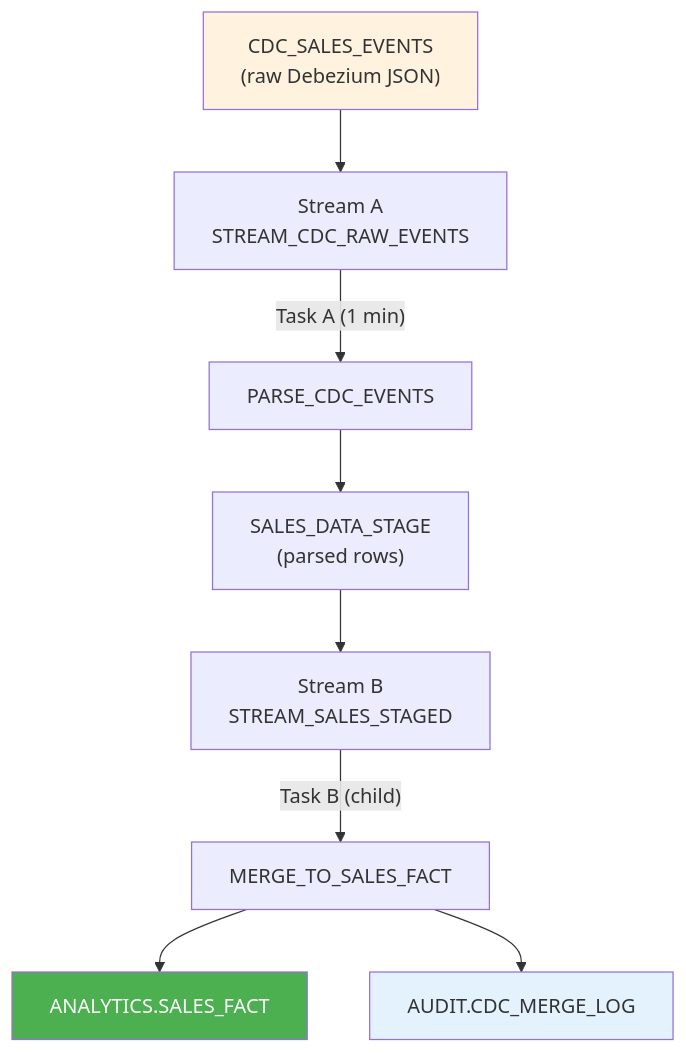
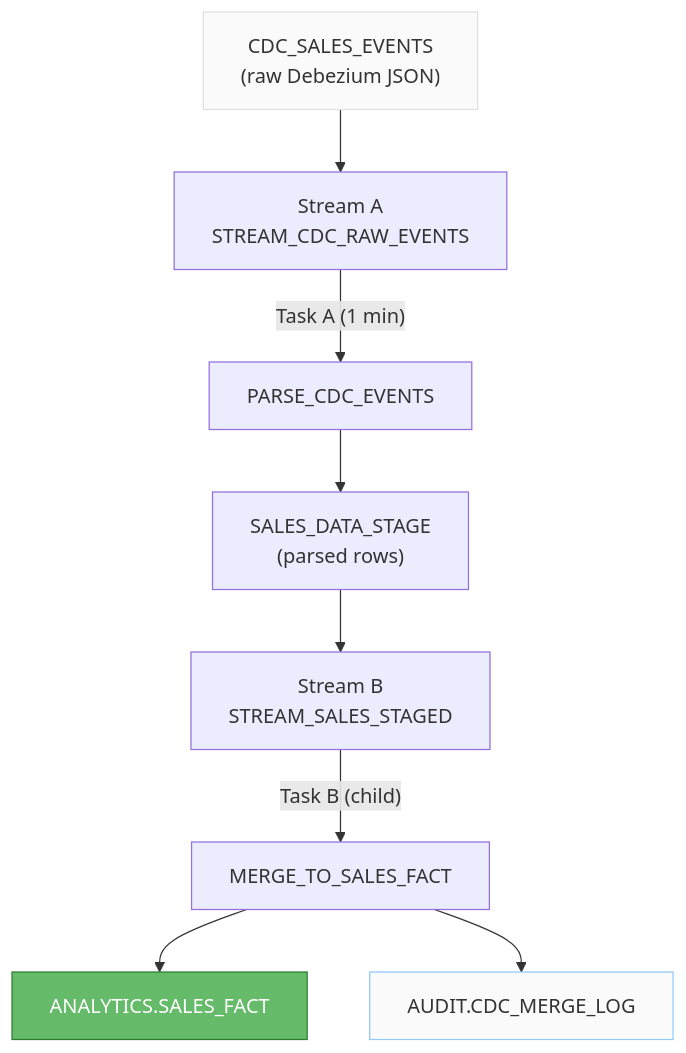
The third of 7 diagrams in README.md (greenwichg/airflow_etl_pipeline), drawn with Mermaid before and after one commit. The commit also changed other lines of this file, not shown here.

First line of the commit message:
fix: tone down Mermaid diagram background colors for readability

````diff
--- a/README.md
+++ b/README.md
@@ -177,14 +177,14 @@
 ```mermaid
 graph TD
     RAW["CDC_SALES_EVENTS<br/>(raw Debezium JSON)"] --> SA["Stream A<br/>STREAM_CDC_RAW_EVENTS"]
     SA -->|"Task A (1 min)"| PARSE["PARSE_CDC_EVENTS"]
     PARSE --> STG["SALES_DATA_STAGE<br/>(parsed rows)"]
     STG --> SB["Stream B<br/>STREAM_SALES_STAGED"]
     SB -->|"Task B (child)"| MERGE["MERGE_TO_SALES_FACT"]
     MERGE --> FINAL["ANALYTICS.SALES_FACT"]
     MERGE --> AUDIT["AUDIT.CDC_MERGE_LOG"]
 
-    style RAW fill:#fff3e0
-    style FINAL fill:#4caf50,color:#fff
-    style AUDIT fill:#e3f2fd
+    style RAW fill:#fafafa,stroke:#e0e0e0
+    style FINAL fill:#66bb6a,color:#fff,stroke:#2e7d32
+    style AUDIT fill:#fafafa,stroke:#90caf9
 ```
````
